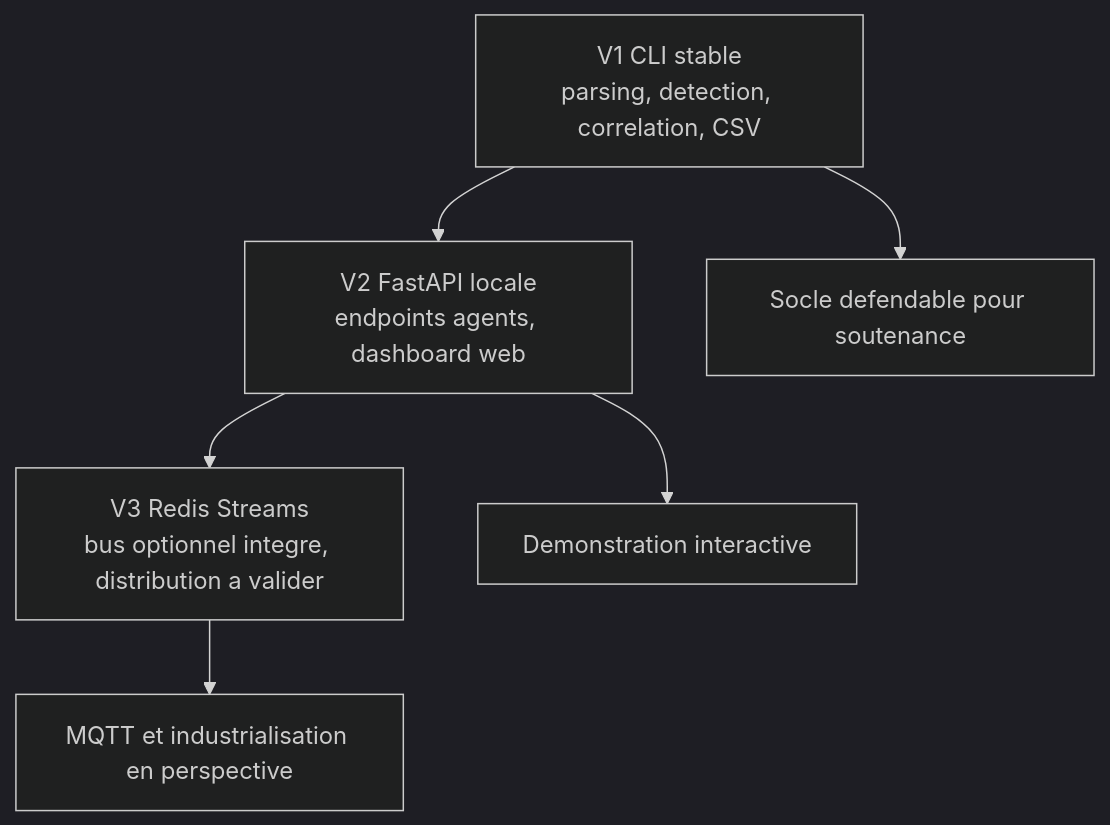
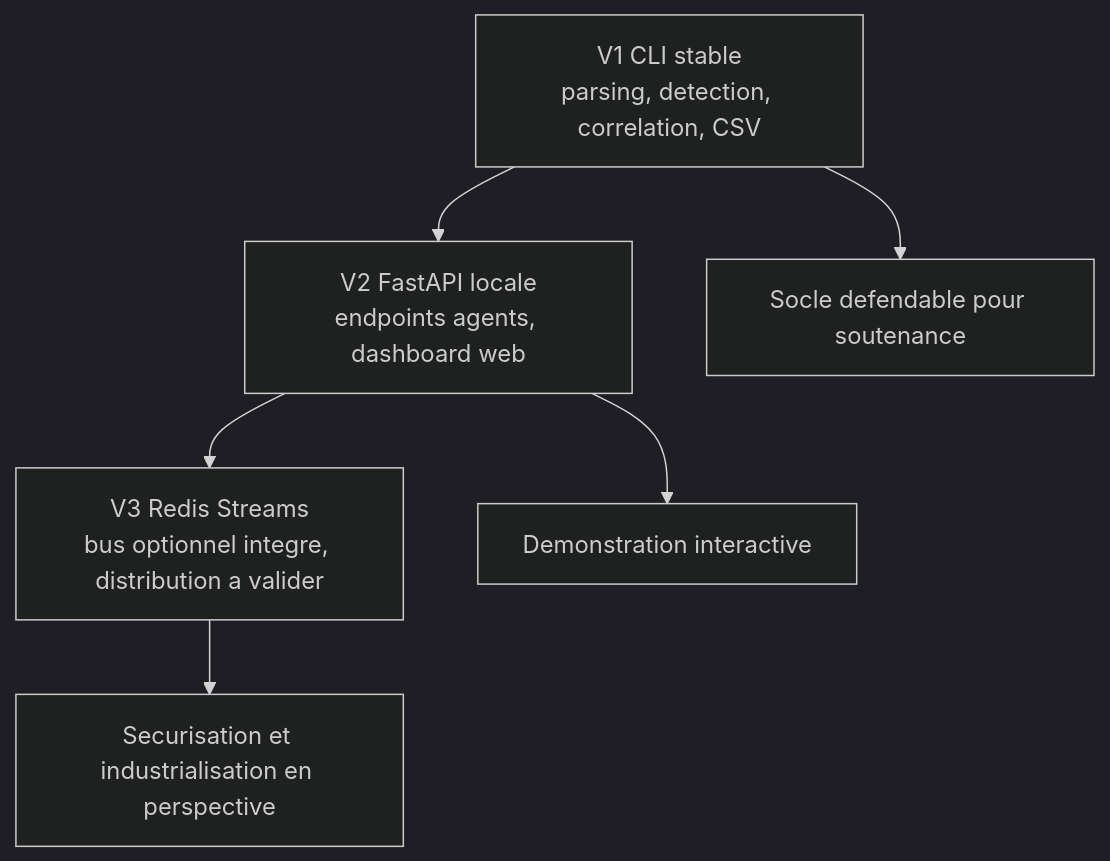
Before and after one commit to andybitati/Memoire: the third of 4 diagrams in docs/architecture/diagrammes_memoire.md, drawn with Mermaid (dark theme). The commit also changed 86 other files, not shown here.

````diff
--- a/docs/architecture/diagrammes_memoire.md
+++ b/docs/architecture/diagrammes_memoire.md
@@ -63,8 +63,8 @@
 ```mermaid
 flowchart TB
     V1[V1 CLI stable<br/>parsing, detection, correlation, CSV] --> V2[V2 FastAPI locale<br/>endpoints agents, dashboard web]
     V2 --> V3[V3 Redis Streams<br/>bus optionnel integre, distribution a valider]
     V1 --> S[Socle defendable pour soutenance]
     V2 --> D[Demonstration interactive]
-    V3 --> P[MQTT et industrialisation en perspective]
+    V3 --> P[Securisation et industrialisation en perspective]
 ```
````
